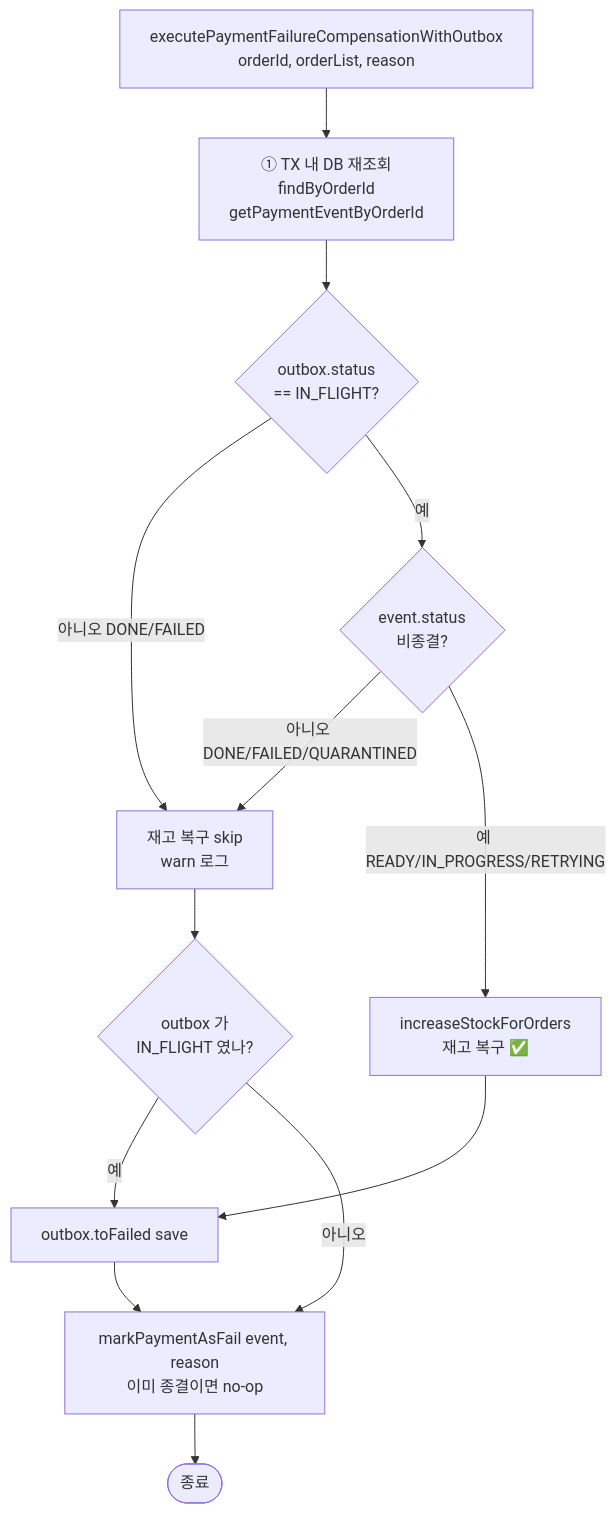
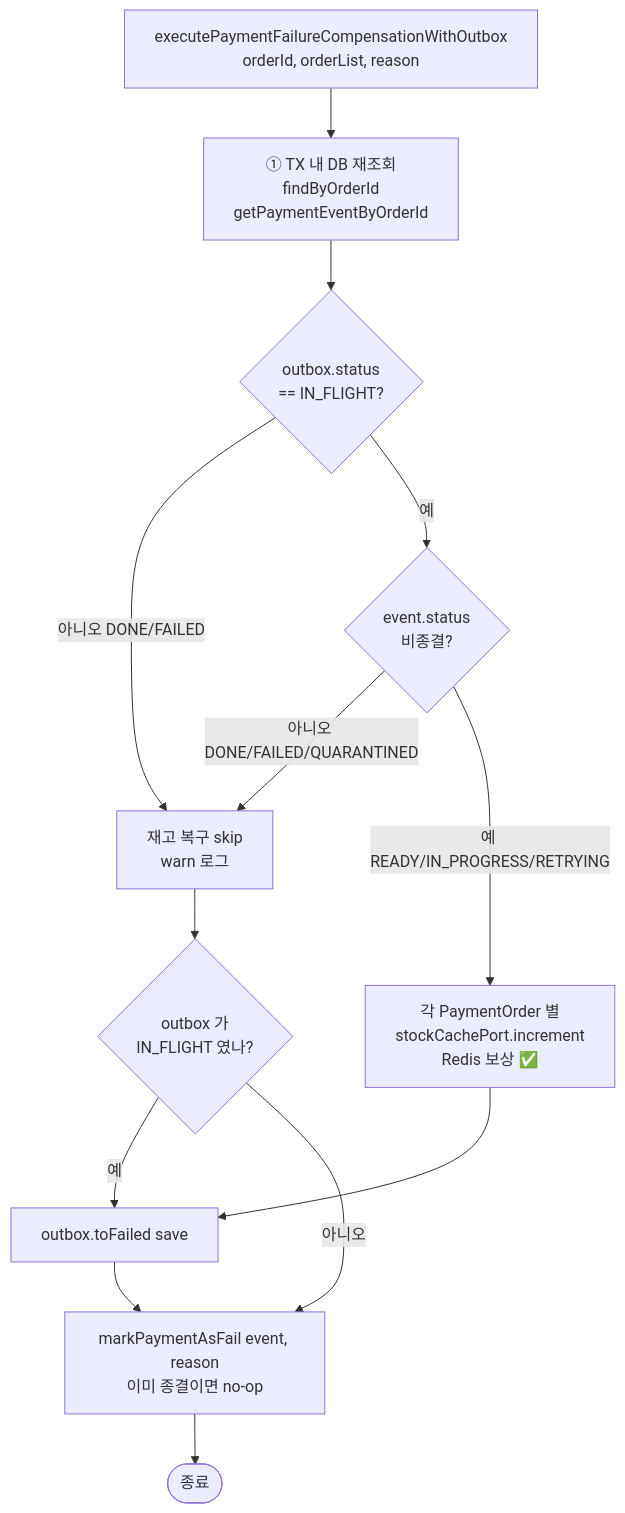
One commit to hyoguoo/payment-platform changed the ninth of 9 diagrams in docs/context/CONFIRM-FLOW-FLOWCHART.md. Above: the diagram before and after it, drawn with Mermaid. The commit also changed other lines of this file and 11 other files, not shown here.

````diff
--- a/docs/context/CONFIRM-FLOW-FLOWCHART.md
+++ b/docs/context/CONFIRM-FLOW-FLOWCHART.md
@@ -180,18 +183,18 @@
 ```mermaid
 flowchart TD
     START[executePaymentFailureCompensationWithOutbox<br/>orderId, orderList, reason] --> RELOAD[① TX 내 DB 재조회<br/>findByOrderId<br/>getPaymentEventByOrderId]
 
     RELOAD --> CHK_OB{outbox.status<br/>== IN_FLIGHT?}
     CHK_OB -->|아니오 DONE/FAILED| SKIP[재고 복구 skip<br/>warn 로그]
     CHK_OB -->|예| CHK_EV{event.status<br/>비종결?}
 
     CHK_EV -->|아니오 DONE/FAILED/QUARANTINED| SKIP
-    CHK_EV -->|예 READY/IN_PROGRESS/RETRYING| RESTORE[increaseStockForOrders<br/>재고 복구 ✅]
+    CHK_EV -->|예 READY/IN_PROGRESS/RETRYING| RESTORE[각 PaymentOrder 별<br/>stockCachePort.increment<br/>Redis 보상 ✅]
 
     RESTORE --> FAIL_OB[outbox.toFailed save]
     SKIP --> CHK_OB2{outbox 가<br/>IN_FLIGHT 였나?}
     CHK_OB2 -->|예| FAIL_OB
     CHK_OB2 -->|아니오| MARK
     FAIL_OB --> MARK[markPaymentAsFail event, reason<br/>이미 종결이면 no-op]
     MARK --> FIN([종료])
 ```
````
